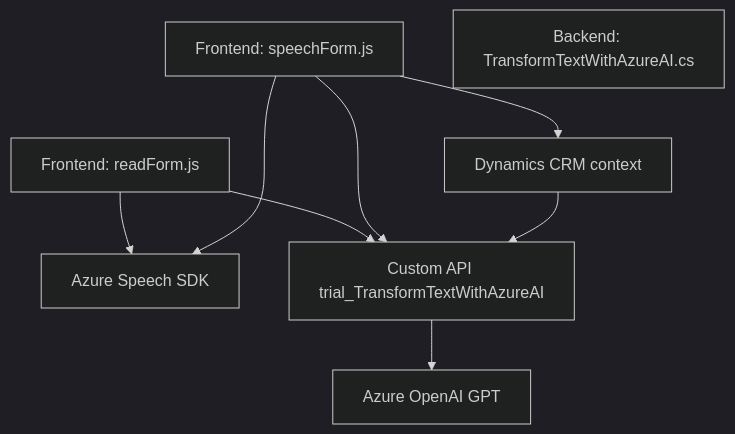
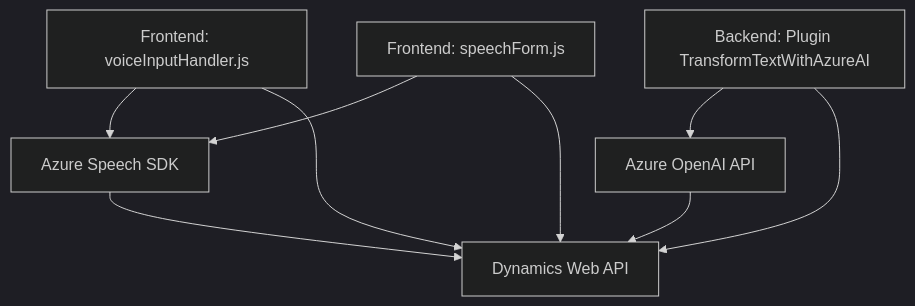
One commit to blopezdm/NETCORE_BILBAO2025 changed the diagram in README.md. Above: the diagram before and after it, drawn with Mermaid (dark theme). The commit also changed other lines of this file, not shown here.

````diff
--- a/README.md
+++ b/README.md
@@ -47,18 +46,18 @@
 ```mermaid
 graph TD
-    A["Frontend: readForm.js"]
+    A["Frontend: voiceInputHandler.js"]
     B["Frontend: speechForm.js"]
-    C["Backend: TransformTextWithAzureAI.cs"]
+    C["Backend: Plugin TransformTextWithAzureAI"]
     D["Azure Speech SDK"]
-    E["Azure OpenAI GPT"]
-    F["Dynamics CRM context"]
-    G["Custom API trial_TransformTextWithAzureAI"]
+    E["Azure OpenAI API"]
+    F["Dynamics Web API"]
 
-    A --> D
-    B --> D
-    B --> F
-    A --> G
-    B --> G
-    G --> E
-    F --> G
+    A-->D
+    A-->F
+    B-->D
+    B-->F
+    C-->E
+    C-->F
+    D-->F
+    E-->F    
 ```
````
